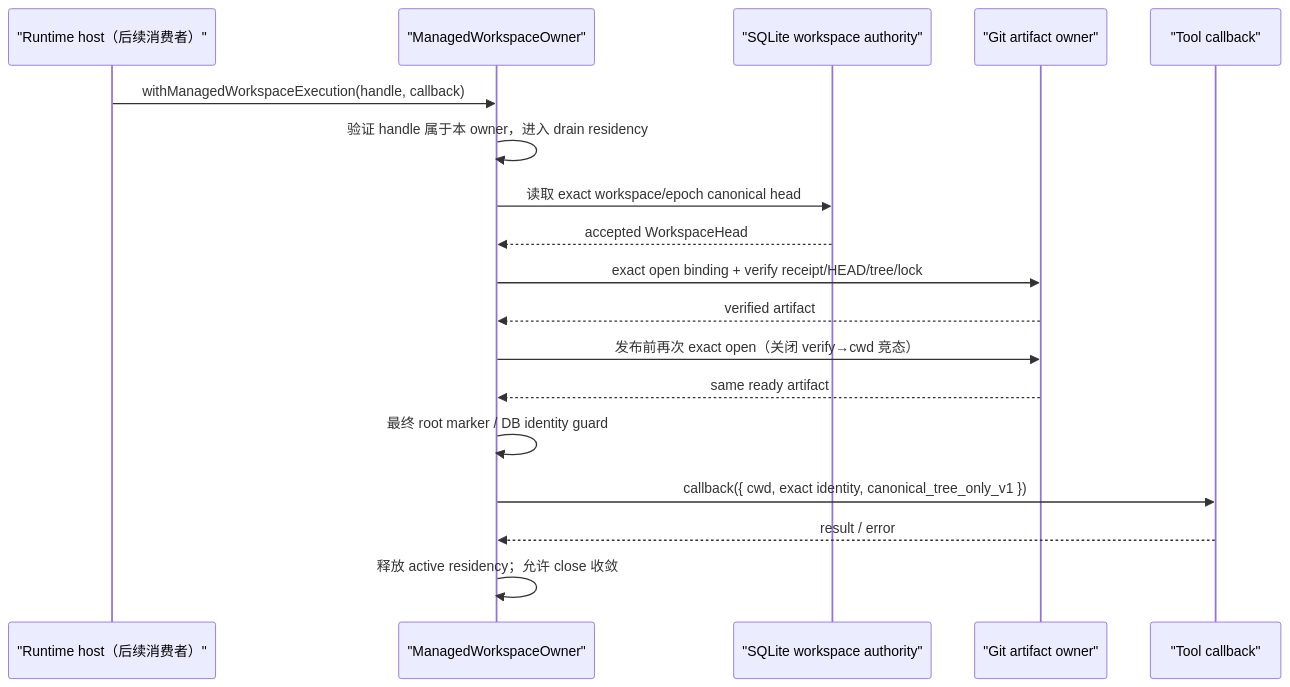
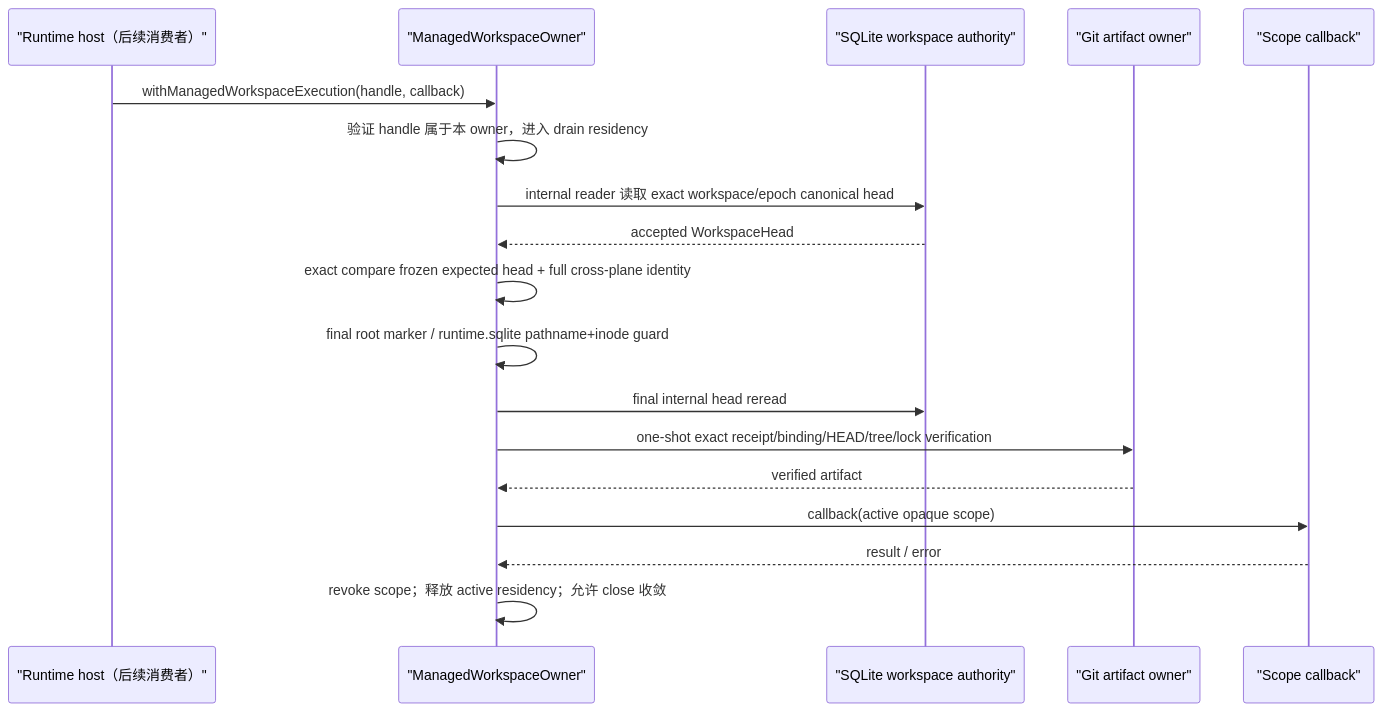
The diagram in docs/architecture/runtime-managed-workspace-execution-admission-v1.zh-CN.md (apache/maka), drawn with Mermaid before and after one commit. The commit also changed other lines of this file and 9 other files, not shown here.

````diff
--- a/docs/architecture/runtime-managed-workspace-execution-admission-v1.zh-CN.md
+++ b/docs/architecture/runtime-managed-workspace-execution-admission-v1.zh-CN.md
@@ -50,21 +51,21 @@
 ```mermaid
 sequenceDiagram
   participant H as "Runtime host（后续消费者）"
   participant O as "ManagedWorkspaceOwner"
   participant S as "SQLite workspace authority"
   participant G as "Git artifact owner"
-  participant T as "Tool callback"
+  participant T as "Scope callback"
 
   H->>O: withManagedWorkspaceExecution(handle, callback)
   O->>O: 验证 handle 属于本 owner，进入 drain residency
-  O->>S: 读取 exact workspace/epoch canonical head
+  O->>S: internal reader 读取 exact workspace/epoch canonical head
   S-->>O: accepted WorkspaceHead
-  O->>G: exact open binding + verify receipt/HEAD/tree/lock
+  O->>O: exact compare frozen expected head + full cross-plane identity
+  O->>O: final root marker / runtime.sqlite pathname+inode guard
+  O->>S: final internal head reread
+  O->>G: one-shot exact receipt/binding/HEAD/tree/lock verification
   G-->>O: verified artifact
-  O->>G: 发布前再次 exact open（关闭 verify→cwd 竞态）
-  G-->>O: same ready artifact
-  O->>O: 最终 root marker / DB identity guard
-  O->>T: callback({ cwd, exact identity, canonical_tree_only_v1 })
+  O->>T: callback(active opaque scope)
   T-->>O: result / error
-  O->>O: 释放 active residency；允许 close 收敛
+  O->>O: revoke scope；释放 active residency；允许 close 收敛
 ```
````
